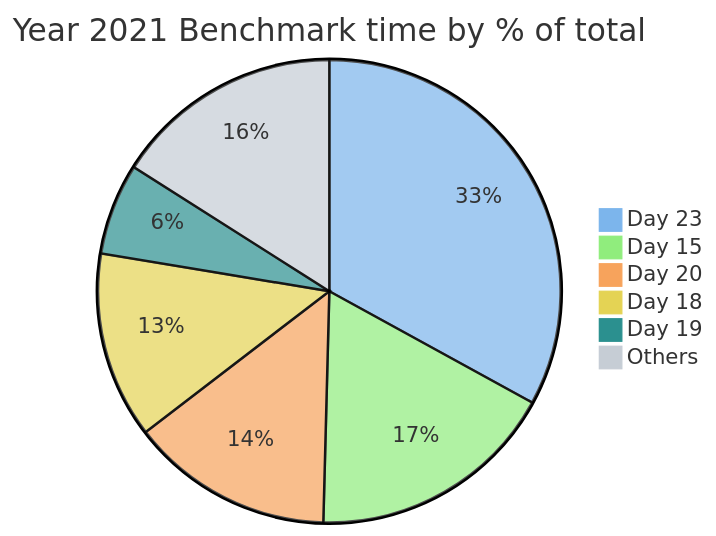
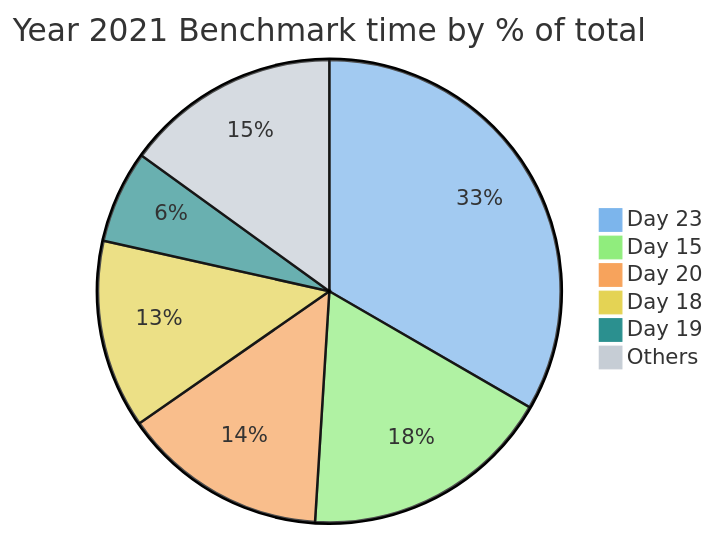
The third of 4 diagrams in README.md (maneatingape/advent-of-code-rust), drawn with Mermaid before and after one commit. The commit also changed other lines of this file and 1 other file, not shown here.

Commit message:
Faster approach using queue instead of recursion

````diff
--- a/README.md
+++ b/README.md
@@ -103,11 +103,11 @@
 ```mermaid
 %%{init: {'theme': 'base', 'themeVariables': { 'pie1': '#7cb5ec', 'pie2': '#90ed7d', 'pie3': '#f7a35c', 'pie4': '#e4d354', 'pie5': '#2b908f', 'pie6': '#c6cdd5'}}}%%
 pie
     title Year 2021 Benchmark time by % of total
     "Day 23" : 4821
     "Day 15" : 2547
     "Day 20" : 2072
     "Day 18" : 1904
     "Day 19" : 933
-    "Others" : 2338
+    "Others" : 2174
 ```
````
